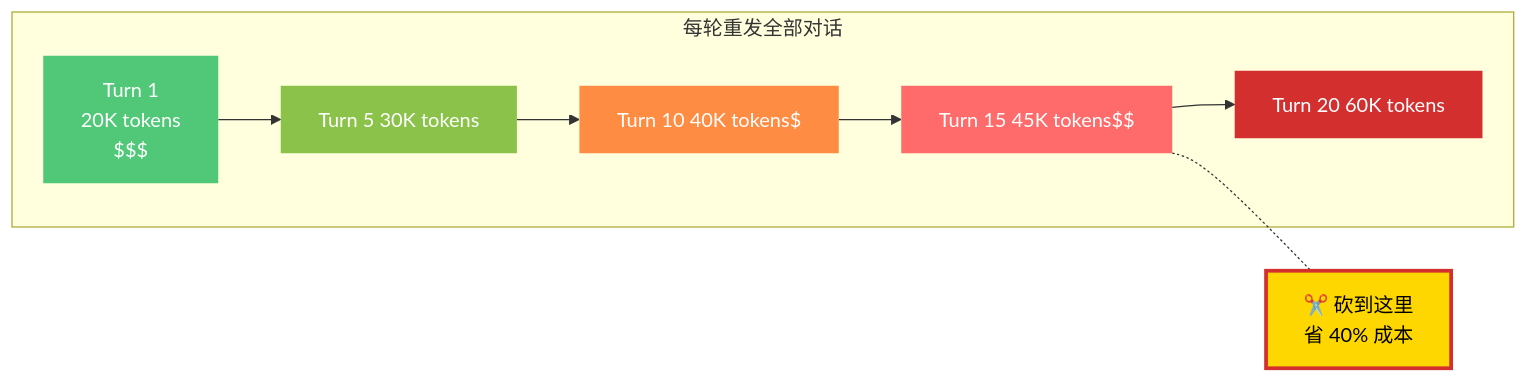
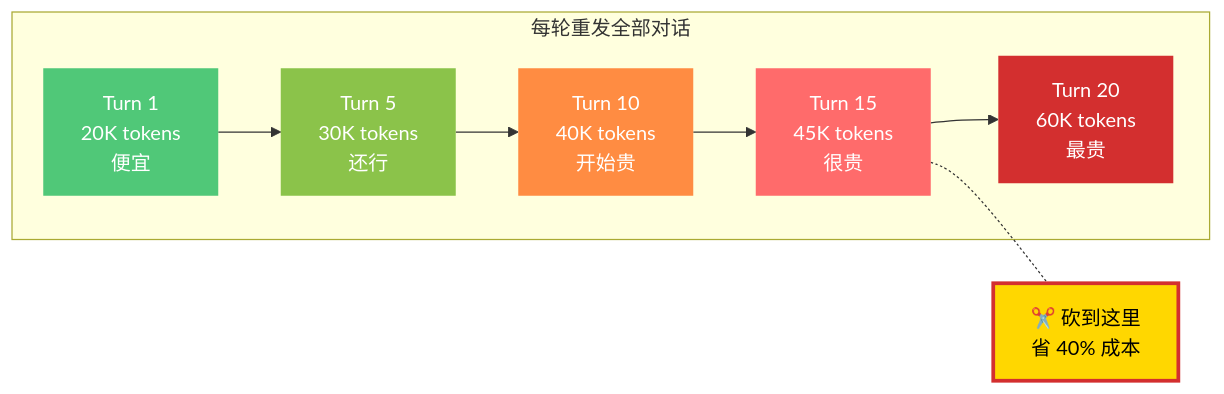
One commit to GOODDAYDAY/Harness-Everything changed the seventh of 9 diagrams in docs/architecture-zh.md. Above: the diagram before and after it, drawn with Mermaid. The commit also changed 1 other file, not shown here.

Commit message:
fix: remove dollar signs from Mermaid diagrams (GitHub KaTeX parse error)

````diff
--- a/docs/architecture-zh.md
+++ b/docs/architecture-zh.md
@@ -354,18 +354,18 @@
 ```mermaid
 graph LR
     subgraph 每轮重发全部对话
-        T1["Turn 1<br/>20K tokens<br/>$$$"] --> T5["Turn 5<br/>30K tokens<br/>$$$$"]
-        T5 --> T10["Turn 10<br/>40K tokens<br/>$$$$$"]
-        T10 --> T15["Turn 15<br/>45K tokens<br/>$$$$$$"]
-        T15 --> T20["Turn 20<br/>60K tokens<br/>$$$$$$$$"]
+        T1["Turn 1<br/>20K tokens<br/>便宜"] --> T5["Turn 5<br/>30K tokens<br/>还行"]
+        T5 --> T10["Turn 10<br/>40K tokens<br/>开始贵"]
+        T10 --> T15["Turn 15<br/>45K tokens<br/>很贵"]
+        T15 --> T20["Turn 20<br/>60K tokens<br/>最贵"]
     end
 
     T15 -.- CUT["✂️ 砍到这里<br/>省 40% 成本"]
 
     style T1 fill:#50C878,color:white,stroke:none
     style T5 fill:#8BC34A,color:white,stroke:none
     style T10 fill:#FF8C42,color:white,stroke:none
     style T15 fill:#FF6B6B,color:white,stroke:none
     style T20 fill:#D32F2F,color:white,stroke:none
     style CUT fill:#FFD700,color:black,stroke:#D32F2F,stroke-width:3px
 ```
````
